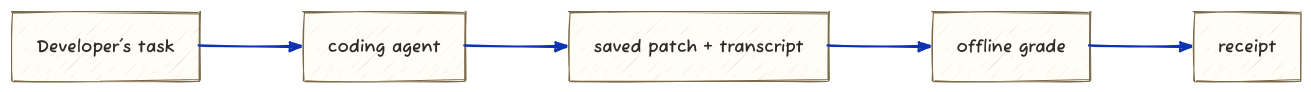
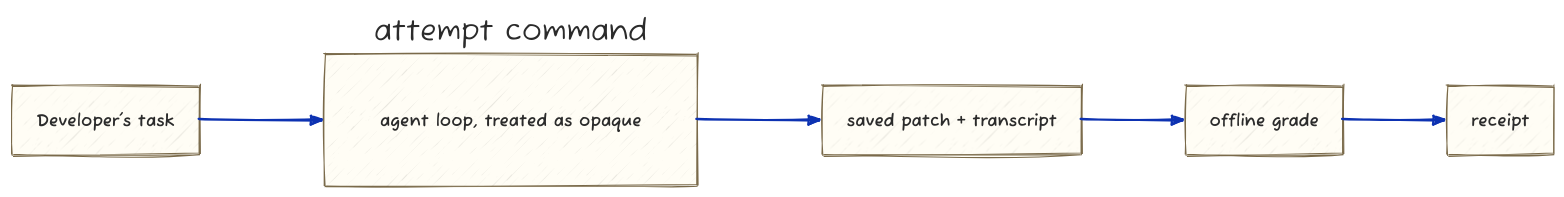
The diagram in docs/diagrams/evals-evidence-loop.d2 (pauleveritt/satyrn-evals), drawn with D2 before and after one commit. The commit also changed 1 other file, not shown here.

Commit message:
docs: diagram 2 — second card is the attempt command (agent loop, opaque)

```diff
--- a/docs/diagrams/evals-evidence-loop.d2
+++ b/docs/diagrams/evals-evidence-loop.d2
@@ -1,55 +1,64 @@
 vars: {
   d2-config: { sketch: true }
 }
 direction: right
 
 "Developer's task": {
   style: {
     fill: "#fffdf5"
     font-color: "#2b2b2b"
     stroke: "#7a6a4a"
     stroke-width: 1
     border-radius: 8
   }
 }
-"coding agent": {
+"attempt command": {
   style: {
     fill: "#fffdf5"
     font-color: "#2b2b2b"
     stroke: "#7a6a4a"
     stroke-width: 1
     border-radius: 8
+  }
+  subtitle: {
+    label: "agent loop, treated as opaque"
+    style: {
+      fill: "transparent"
+      stroke: "transparent"
+      stroke-width: 0
+      font-color: "#2b2b2b"
+    }
   }
 }
 "saved patch + transcript": {
   style: {
     fill: "#fffdf5"
     font-color: "#2b2b2b"
     stroke: "#7a6a4a"
     stroke-width: 1
     border-radius: 8
   }
 }
 "offline grade": {
   style: {
     fill: "#fffdf5"
     font-color: "#2b2b2b"
     stroke: "#7a6a4a"
     stroke-width: 1
     border-radius: 8
   }
 }
 "receipt": {
   style: {
     fill: "#fffdf5"
     font-color: "#2b2b2b"
     stroke: "#7a6a4a"
     stroke-width: 1
     border-radius: 8
   }
 }
 
-"Developer's task" -> "coding agent": ""
-"coding agent" -> "saved patch + transcript": ""
+"Developer's task" -> "attempt command": ""
+"attempt command" -> "saved patch + transcript": ""
 "saved patch + transcript" -> "offline grade": ""
 "offline grade" -> "receipt": ""
```
